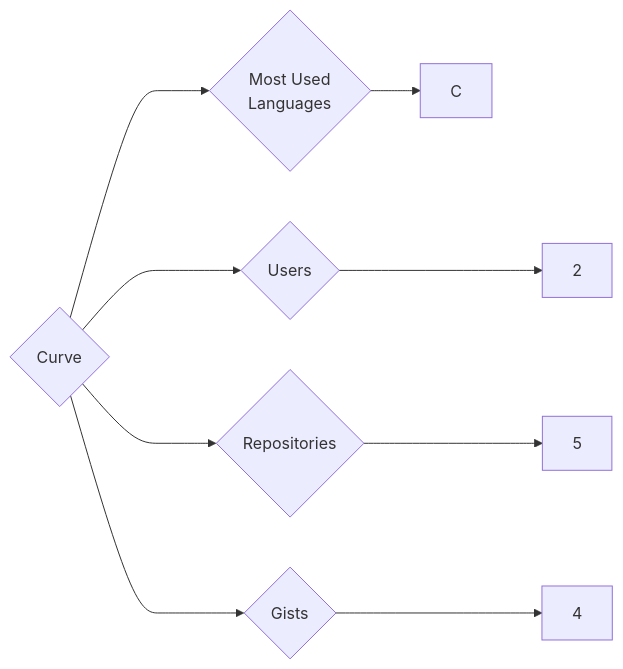
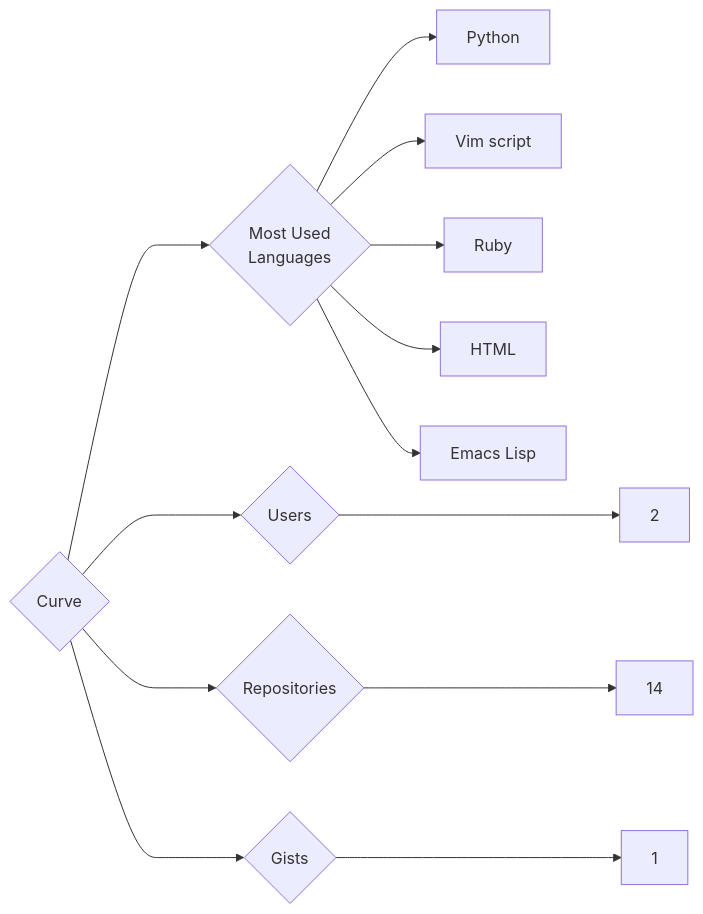
Before and after one commit to trickest/insiders: the diagram in targets/Curve/README.md, drawn with Mermaid. The commit also changed 847 other files, not shown here.

````diff
--- a/targets/Curve/README.md
+++ b/targets/Curve/README.md
@@ -3,9 +3,13 @@
 ```mermaid
 graph LR
 COMPANY_NAME{Curve}
 COMPANY_NAME ---> U{Users} ---> UN[2]
-COMPANY_NAME ---> R{Repositories} ---> RN[5]
-COMPANY_NAME ---> G{Gists} ---> GN[4]
+COMPANY_NAME ---> R{Repositories} ---> RN[14]
+COMPANY_NAME ---> G{Gists} ---> GN[1]
 COMPANY_NAME ---> ML{Most Used<br>Languages}
-ML --> C[C]
+ML --> Python[Python]
+ML --> Vim_script[Vim script]
+ML --> Ruby[Ruby]
+ML --> HTML[HTML]
+ML --> Emacs_Lisp[Emacs Lisp]
 ```
````
